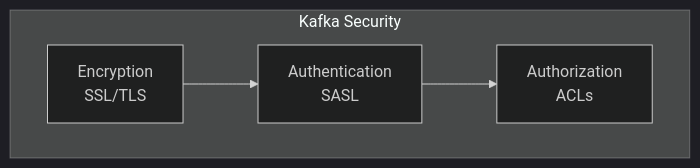
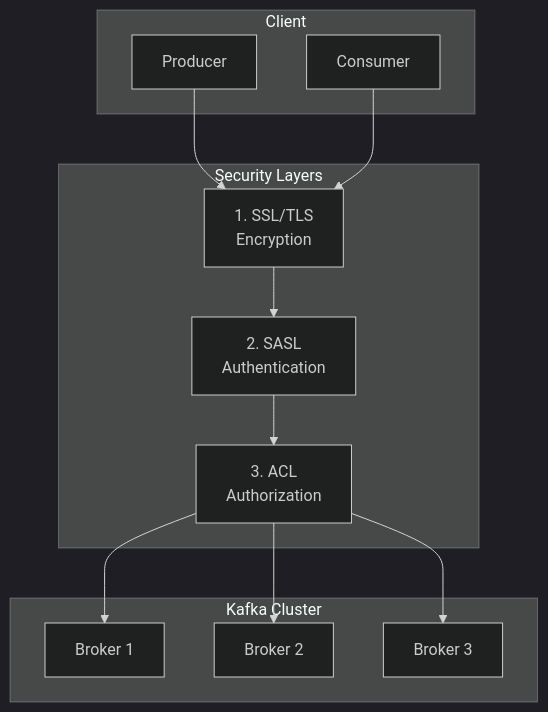
One commit to advanced-beginner/advanced-beginner.github.io changed the diagram in content/en/docs/kafka/concepts/security.md. Above: the diagram before and after it, drawn with Mermaid (dark theme). The commit also changed other lines of this file and 20 other files, not shown here.

````diff
--- a/content/en/docs/kafka/concepts/security.md
+++ b/content/en/docs/kafka/concepts/security.md
@@ -13,11 +35,27 @@
 ```mermaid
 flowchart TB
-    subgraph Security["Kafka Security"]
-        ENCRYPTION["Encryption<br>SSL/TLS"]
-        AUTHENTICATION["Authentication<br>SASL"]
-        AUTHORIZATION["Authorization<br>ACLs"]
+    subgraph Client["Client"]
+        P[Producer]
+        C[Consumer]
     end
 
-    ENCRYPTION --> AUTHENTICATION
-    AUTHENTICATION --> AUTHORIZATION
+    subgraph Security["Security Layers"]
+        TLS["1. SSL/TLS<br>Encryption"]
+        SASL["2. SASL<br>Authentication"]
+        ACL["3. ACL<br>Authorization"]
+    end
+
+    subgraph Kafka["Kafka Cluster"]
+        B1[Broker 1]
+        B2[Broker 2]
+        B3[Broker 3]
+    end
+
+    P --> TLS
+    C --> TLS
+    TLS --> SASL
+    SASL --> ACL
+    ACL --> B1
+    ACL --> B2
+    ACL --> B3
 ```
````
